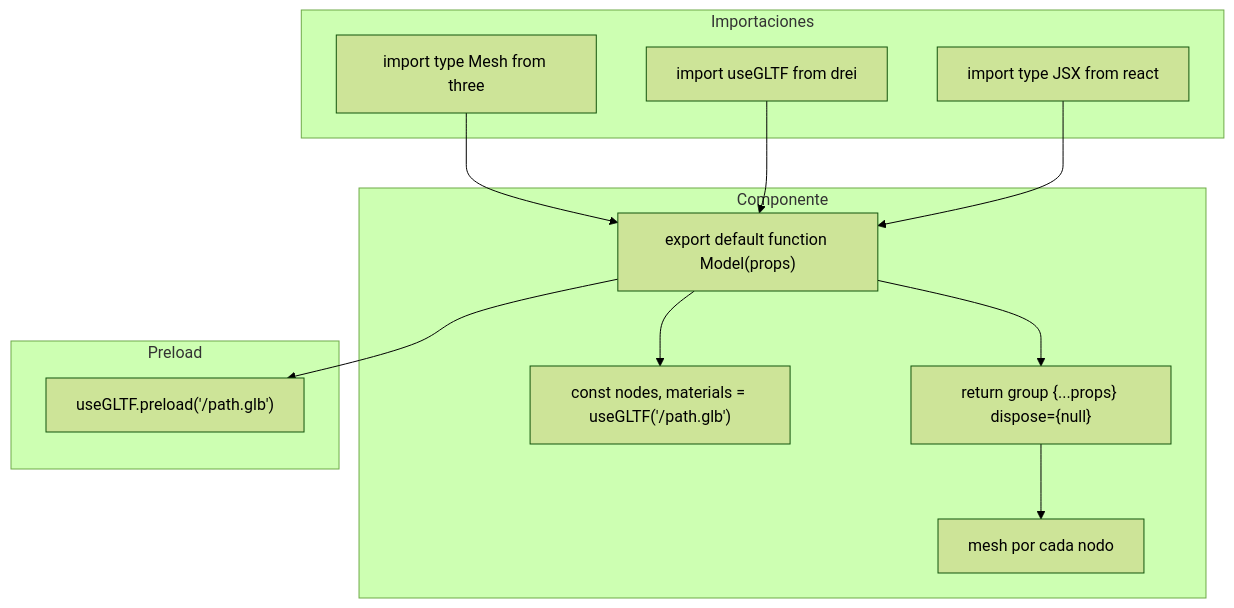
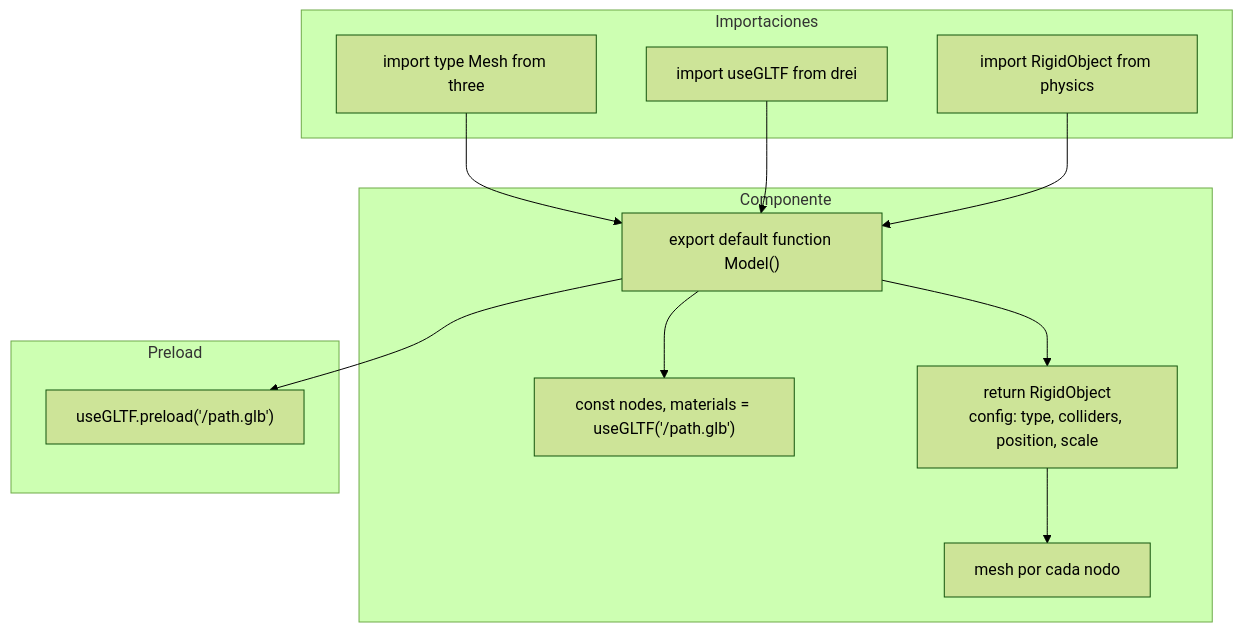
Before and after one commit to Palcojulian/portafolio: the diagram in docs/03-componentes/guia-de-diseno-completo.md, drawn with Mermaid (forest theme). The commit also changed other lines of this file and 7 other files, not shown here.

````diff
--- a/docs/03-componentes/guia-de-diseno-completo.md
+++ b/docs/03-componentes/guia-de-diseno-completo.md
@@ -138,27 +142,27 @@
 ```mermaid
 graph TB
     subgraph Importaciones
         I1["import type Mesh from three"]
         I2["import useGLTF from drei"]
-        I3["import type JSX from react"]
+        I3["import RigidObject from physics"]
     end
 
     subgraph Componente
-        FN["export default function Model(props)"]
+        FN["export default function Model()"]
         GLTF["const nodes, materials = useGLTF('/path.glb')"]
-        RETURN["return group {...props} dispose={null}"]
+        RETURN["return RigidObject<br/>config: type, colliders, position, scale"]
         MESHES["mesh por cada nodo"]
     end
 
     subgraph Preload
         P["useGLTF.preload('/path.glb')"]
     end
 
     I1 --> FN
     I2 --> FN
     I3 --> FN
     FN --> GLTF
     FN --> RETURN
     RETURN --> MESHES
     FN --> P
 ```
````
